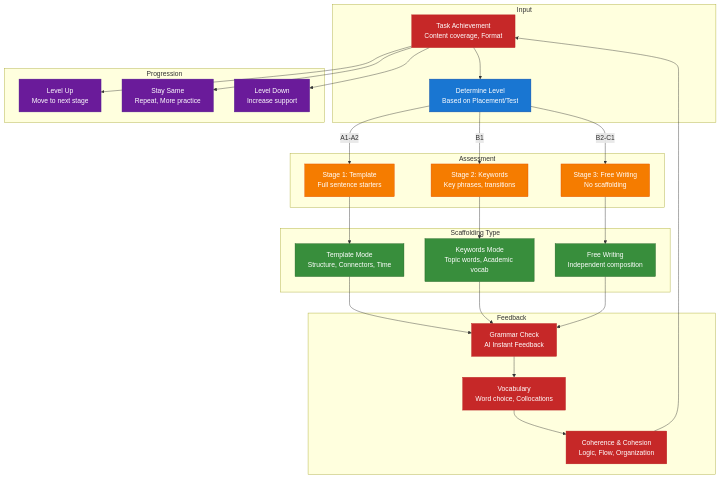
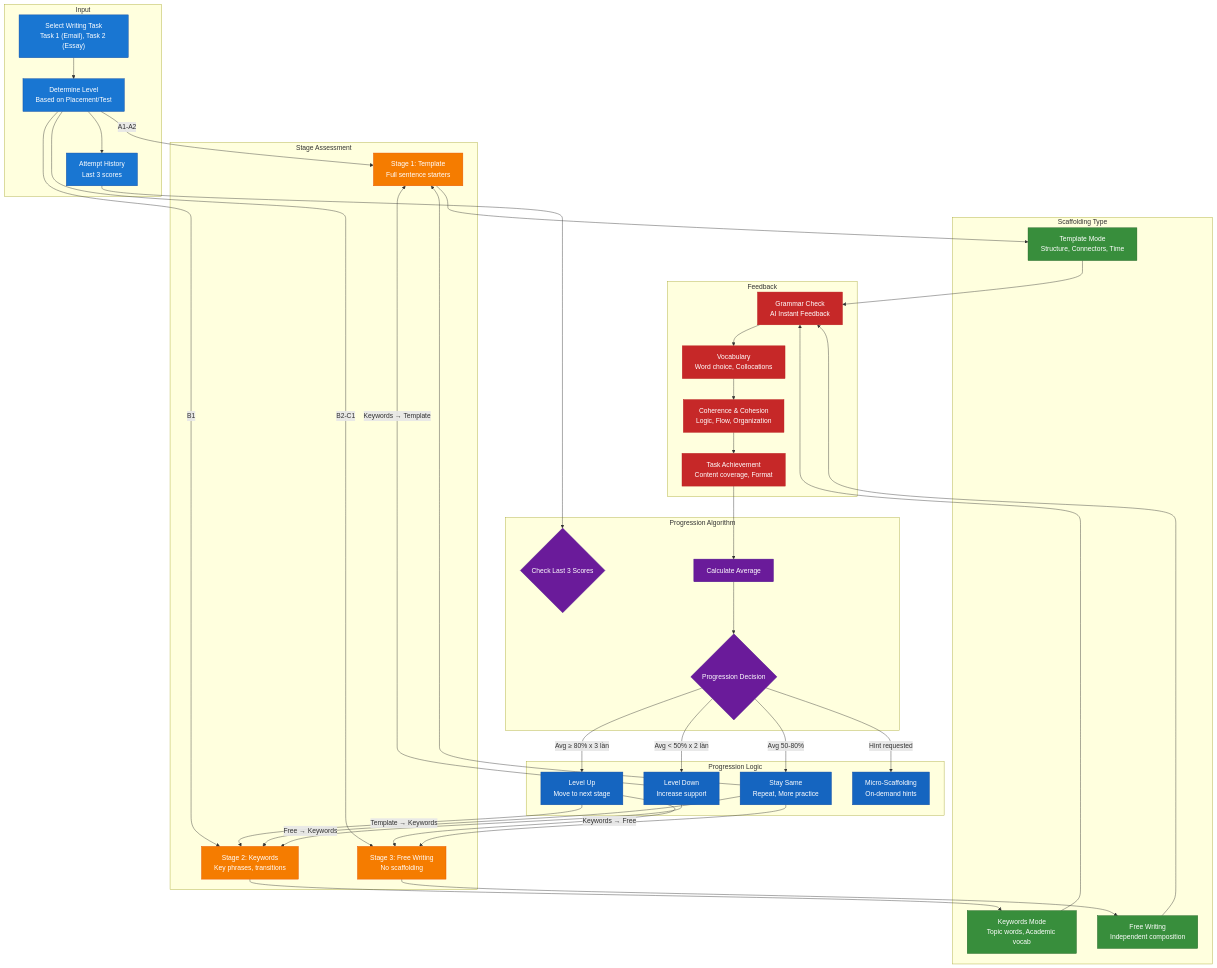
The ninth of 13 diagrams in docs/capstone/diagrams/flow-diagrams.vi.md (nghyane/VSTEP), drawn with Mermaid before and after one commit. The commit also changed other lines of this file, not shown here.

First line of the commit message:
docs: enhance flow diagrams with error handling, saga pattern, and confidence scoring

````diff
--- a/docs/capstone/diagrams/flow-diagrams.vi.md
+++ b/docs/capstone/diagrams/flow-diagrams.vi.md
@@ -196,12 +707,19 @@
     subgraph Input ["Input"]
         Task["Select Writing Task<br/>Task 1 (Email), Task 2 (Essay)"]
         Level["Determine Level<br/>Based on Placement/Test"]
+        History["Attempt History<br/>Last 3 scores"]
     end
 
-    subgraph Assessment ["Assessment"]
+    subgraph Assessment ["Stage Assessment"]
         Stage1["Stage 1: Template<br/>Full sentence starters"]
         Stage2["Stage 2: Keywords<br/>Key phrases, transitions"]
         Stage3["Stage 3: Free Writing<br/>No scaffolding"]
+    end
+
+    subgraph Algorithm ["Progression Algorithm"]
+        CheckScores{"Check Last 3 Scores"}
+        AvgCalc["Calculate Average"]
+        Decision{"Progression Decision"}
     end
 
     subgraph Scaffold ["Scaffolding Type"]
@@ -214,41 +732,65 @@
         Grammar["Grammar Check<br/>AI Instant Feedback"]
         Vocab["Vocabulary<br/>Word choice, Collocations"]
         Cohesion["Coherence & Cohesion<br/>Logic, Flow, Organization"]
-        Task["Task Achievement<br/>Content coverage, Format"]
+        TaskResp["Task Achievement<br/>Content coverage, Format"]
     end
 
-    subgraph Progression ["Progression"]
-        Up["Level Up<br/>Move to next stage"]
+    subgraph Progression ["Progression Logic"]
+        LevelUp["Level Up<br/>Move to next stage"]
         Stay["Stay Same<br/>Repeat, More practice"]
-        Down["Level Down<br/>Increase support"]
+        LevelDown["Level Down<br/>Increase support"]
+        MicroHint["Micro-Scaffolding<br/>On-demand hints"]
     end
 
     Task --> Level
-    Level -->|A1-A2| Stage1
-    Level -->|B1| Stage2
-    Level -->|B2-C1| Stage3
+    Level --> History
+    History --> CheckScores
+
+    %% Stage assignment
+    Level -->|"A1-A2"| Stage1
+    Level -->|"B1"| Stage2
+    Level -->|"B2-C1"| Stage3
+
     Stage1 --> Template
     Stage2 --> Keywords
     Stage3 --> Free
+
+    %% Feedback flow
     Template --> Grammar
     Keywords --> Grammar
     Free --> Grammar
     Grammar --> Vocab
     Vocab --> Cohesion
-    Cohesion --> Task
-    Task --> Up
-    Task --> Stay
-    Task --> Down
+    Cohesion --> TaskResp
+
+    %% Progression algorithm
+    TaskResp --> AvgCalc
+    AvgCalc --> Decision
+
+    Decision -->|"Avg ≥ 80% x 3 lần"| LevelUp
+    Decision -->|"Avg 50-80%"| Stay
+    Decision -->|"Avg < 50% x 2 lần"| LevelDown
+    Decision -->|"Hint requested"| MicroHint
+
+    LevelUp -->|"Template → Keywords"| Stage2
+    LevelUp -->|"Keywords → Free"| Stage3
+    Stay --> Stage1
+    Stay --> Stage2
+    Stay --> Stage3
+    LevelDown -->|"Free → Keywords"| Stage2
+    LevelDown -->|"Keywords → Template"| Stage1
 
     classDef input fill:#1976d2,stroke:#0d47a1,color:#fff
     classDef assessment fill:#f57c00,stroke:#e65100,color:#fff
+    classDef algorithm fill:#6a1b9a,stroke:#4a148c,color:#fff
     classDef scaffold fill:#388e3c,stroke:#1b5e20,color:#fff
     classDef feedback fill:#c62828,stroke:#b71c1c,color:#fff
-    classDef progression fill:#6a1b9a,stroke:#4a148c,color:#fff
+    classDef progression fill:#1565c0,stroke:#0d47a1,color:#fff
 
-    class Task,Level input
+    class Task,Level,History input
     class Stage1,Stage2,Stage3 assessment
+    class CheckScores,AvgCalc,Decision algorithm
     class Template,Keywords,Free scaffold
-    class Grammar,Vocab,Cohesion,Task feedback
-    class Up,Stay,Down progression
+    class Grammar,Vocab,Cohesion,TaskResp feedback
+    class LevelUp,Stay,LevelDown,MicroHint progression
 ```
````
